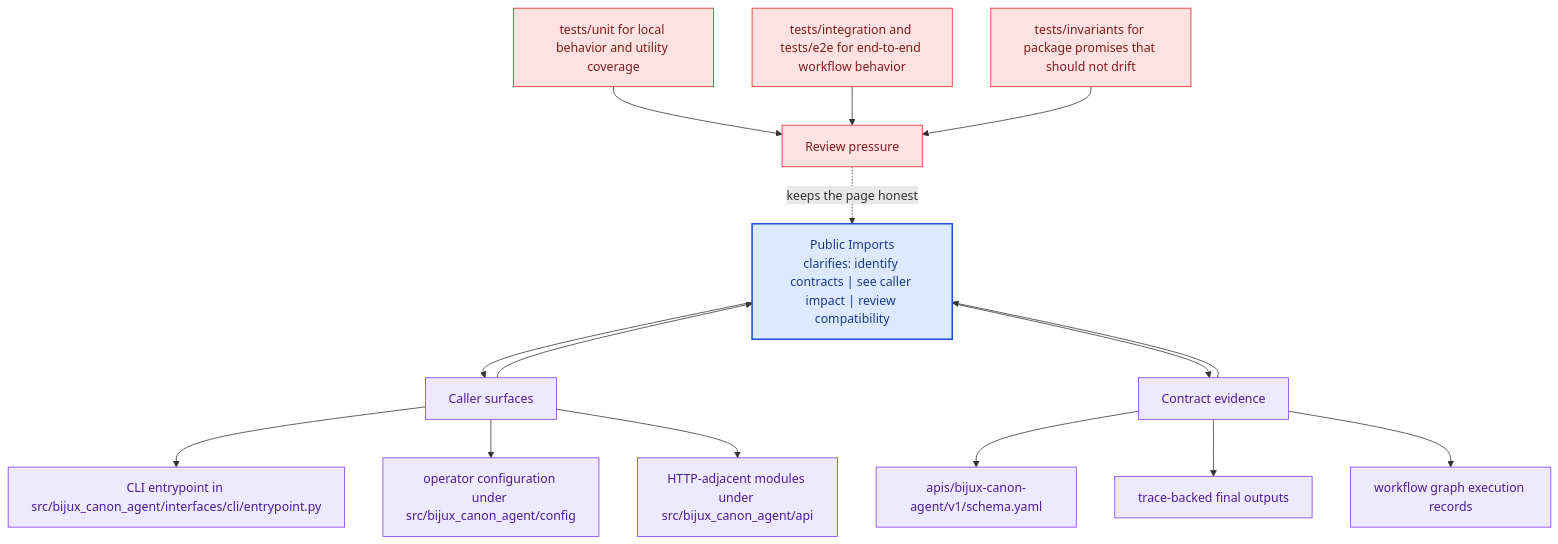
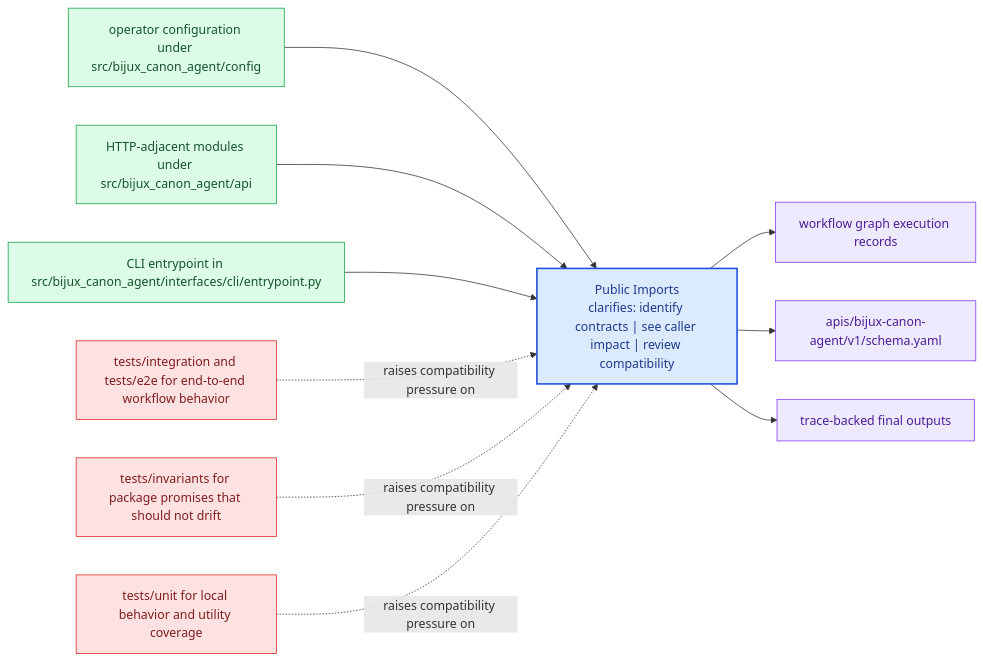
Before and after one commit to bijux/bijux-canon: the diagram in docs/bijux-canon-agent/interfaces/public-imports.md, drawn with Mermaid. The commit also changed other lines of this file and 281 other files, not shown here.

Commit message:
docs(diagrams): replace repeated mermaid scaffolds with page-specific summaries

````diff
--- a/docs/bijux-canon-agent/interfaces/public-imports.md
+++ b/docs/bijux-canon-agent/interfaces/public-imports.md
@@ -68,41 +23,31 @@
 ```mermaid
-flowchart TB
-    promise["Public Imports<br/>clarifies: identify contracts | see caller impact | review compatibility"]
-    classDef promise fill:#dbeafe,stroke:#1d4ed8,color:#1e3a8a,stroke-width:2px;
-    classDef driver fill:#dcfce7,stroke:#16a34a,color:#14532d;
-    classDef constraint fill:#fee2e2,stroke:#dc2626,color:#7f1d1d;
-    classDef ground fill:#ede9fe,stroke:#7c3aed,color:#4c1d95;
-    focus1["Caller surfaces"]
-    focus1 --> promise
-    promise --> focus1
-    focus1_1["CLI entrypoint in src/bijux_canon_agent/interfaces/cli/entrypoint.py"]
-    focus1 --> focus1_1
-    focus1_2["operator configuration under src/bijux_canon_agent/config"]
-    focus1 --> focus1_2
-    focus1_3["HTTP-adjacent modules under src/bijux_canon_agent/api"]
-    focus1 --> focus1_3
-    class focus1 ground;
-    class focus1_1,focus1_2,focus1_3 ground;
-    focus2["Contract evidence"]
-    focus2 --> promise
-    promise --> focus2
-    focus2_1["apis/bijux-canon-agent/v1/schema.yaml"]
-    focus2 --> focus2_1
-    focus2_2["trace-backed final outputs"]
-    focus2 --> focus2_2
-    focus2_3["workflow graph execution records"]
-    focus2 --> focus2_3
-    class focus2 ground;
-    class focus2_1,focus2_2,focus2_3 ground;
-    focus3["Review pressure"]
-    focus3 -.keeps the page honest.-> promise
-    focus3_1["tests/unit for local behavior and utility coverage"]
-    focus3_1 --> focus3
-    focus3_2["tests/integration and tests/e2e for end-to-end workflow behavior"]
-    focus3_2 --> focus3
-    focus3_3["tests/invariants for package promises that should not drift"]
-    focus3_3 --> focus3
-    class focus3 constraint;
-    class focus3_1,focus3_2,focus3_3 constraint;
-    class promise promise;
+flowchart LR
+    page["Public Imports<br/>clarifies: identify contracts | see caller impact | review compatibility"]
+    classDef page fill:#dbeafe,stroke:#1d4ed8,color:#1e3a8a,stroke-width:2px;
+    classDef positive fill:#dcfce7,stroke:#16a34a,color:#14532d;
+    classDef caution fill:#fee2e2,stroke:#dc2626,color:#7f1d1d;
+    classDef anchor fill:#ede9fe,stroke:#7c3aed,color:#4c1d95;
+    classDef action fill:#fef3c7,stroke:#d97706,color:#7c2d12;
+    surface1["operator configuration under src/bijux_canon_agent/config"]
+    surface1 --> page
+    surface2["HTTP-adjacent modules under src/bijux_canon_agent/api"]
+    surface2 --> page
+    surface3["CLI entrypoint in src/bijux_canon_agent/interfaces/cli/entrypoint.py"]
+    surface3 --> page
+    proof1["workflow graph execution records"]
+    page --> proof1
+    proof2["apis/bijux-canon-agent/v1/schema.yaml"]
+    page --> proof2
+    proof3["trace-backed final outputs"]
+    page --> proof3
+    review1["tests/integration and tests/e2e for end-to-end workflow behavior"]
+    review1 -.raises compatibility pressure on.-> page
+    review2["tests/invariants for package promises that should not drift"]
+    review2 -.raises compatibility pressure on.-> page
+    review3["tests/unit for local behavior and utility coverage"]
+    review3 -.raises compatibility pressure on.-> page
+    class page page;
+    class surface1,surface2,surface3 positive;
+    class proof1,proof2,proof3 anchor;
+    class review1,review2,review3 caution;
 ```
````
